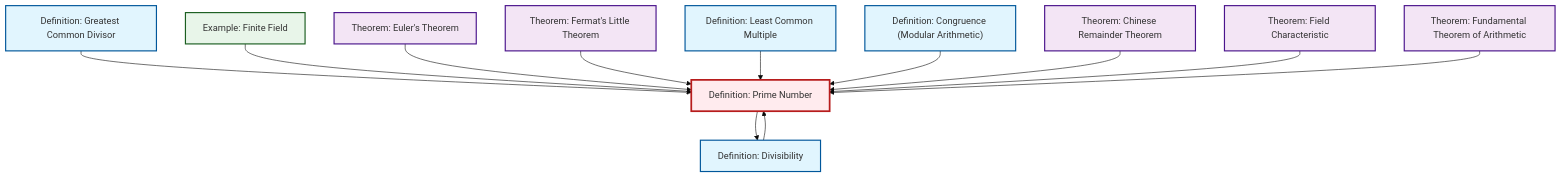
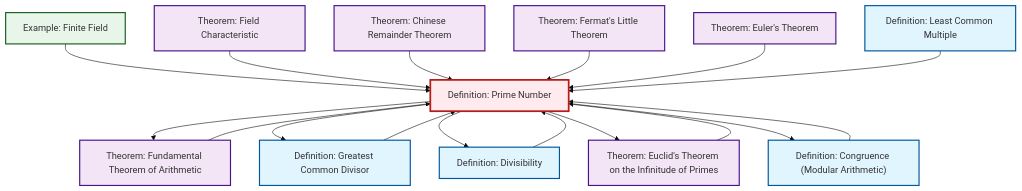
Before and after one commit to RK0429/ModernMath: the diagram in content/ja/number-theory/def-prime.qmd, drawn with Mermaid (base theme). The commit also changed other lines of this file and 654 other files, not shown here.

````diff
--- a/content/ja/number-theory/def-prime.qmd
+++ b/content/ja/number-theory/def-prime.qmd
@@ -57,42 +66,49 @@
 ```{mermaid}
 %%| fig-cap: "Local dependency graph"
 graph TD
     classDef definition fill:#e1f5fe,stroke:#01579b,stroke-width:2px
     classDef theorem fill:#f3e5f5,stroke:#4a148c,stroke-width:2px
     classDef axiom fill:#fff3e0,stroke:#e65100,stroke-width:2px
     classDef example fill:#e8f5e9,stroke:#1b5e20,stroke-width:2px
     classDef current fill:#ffebee,stroke:#b71c1c,stroke-width:3px
+    thm-chinese-remainder["Theorem: Chinese Remainder Theorem"]:::theorem
+    thm-fermat-little["Theorem: Fermat's Little Theorem"]:::theorem
     def-gcd["Definition: Greatest Common Divisor"]:::definition
+    def-divisibility["Definition: Divisibility"]:::definition
+    thm-fundamental-arithmetic["Theorem: Fundamental Theorem of Arithmetic"]:::theorem
+    thm-euclid-infinitude-primes["Theorem: Euclid's Theorem on the Infinitude of Primes"]:::theorem
+    thm-field-characteristic["Theorem: Field Characteristic"]:::theorem
+    def-lcm["Definition: Least Common Multiple"]:::definition
     thm-euler["Theorem: Euler's Theorem"]:::theorem
-    thm-fermat-little["Theorem: Fermat's Little Theorem"]:::theorem
-    thm-fundamental-arithmetic["Theorem: Fundamental Theorem of Arithmetic"]:::theorem
-    def-lcm["Definition: Least Common Multiple"]:::definition
-    def-congruence["Definition: Congruence (Modular Arithmetic)"]:::definition
-    def-divisibility["Definition: Divisibility"]:::definition
-    thm-chinese-remainder["Theorem: Chinese Remainder Theorem"]:::theorem
     ex-finite-field["Example: Finite Field"]:::example
     def-prime["Definition: Prime Number"]:::definition
-    thm-field-characteristic["Theorem: Field Characteristic"]:::theorem
+    def-congruence["Definition: Congruence (Modular Arithmetic)"]:::definition
+    thm-euclid-infinitude-primes --> def-prime
+    ex-finite-field --> def-prime
+    def-prime --> thm-fundamental-arithmetic
+    def-gcd --> def-prime
+    thm-field-characteristic --> def-prime
+    thm-chinese-remainder --> def-prime
+    thm-fermat-little --> def-prime
+    thm-fundamental-arithmetic --> def-prime
+    thm-euler --> def-prime
+    def-prime --> def-gcd
+    def-lcm --> def-prime
     def-divisibility --> def-prime
-    def-gcd --> def-prime
-    ex-finite-field --> def-prime
-    thm-euler --> def-prime
-    thm-fermat-little --> def-prime
-    def-lcm --> def-prime
     def-congruence --> def-prime
     def-prime --> def-divisibility
-    thm-chinese-remainder --> def-prime
-    thm-field-characteristic --> def-prime
-    thm-fundamental-arithmetic --> def-prime
+    def-prime --> thm-euclid-infinitude-primes
+    def-prime --> def-congruence
     class def-prime current
+    click thm-chinese-remainder "thm-chinese-remainder.html" "Theorem: Chinese Remainder Theoremへ"
+    click thm-fermat-little "thm-fermat-little.html" "Theorem: Fermat's Little Theoremへ"
     click def-gcd "def-gcd.html" "Definition: Greatest Common Divisorへ"
+    click def-divisibility "def-divisibility.html" "Definition: Divisibilityへ"
+    click thm-fundamental-arithmetic "thm-fundamental-arithmetic.html" "Theorem: Fundamental Theorem of Arithmeticへ"
+    click thm-euclid-infinitude-primes "thm-euclid-infinitude-primes.html" "Theorem: Euclid's Theorem on the Infinitude of Primesへ"
+    click thm-field-characteristic "thm-field-characteristic.html" "Theorem: Field Characteristicへ"
+    click def-lcm "def-lcm.html" "Definition: Least Common Multipleへ"
     click thm-euler "thm-euler.html" "Theorem: Euler's Theoremへ"
-    click thm-fermat-little "thm-fermat-little.html" "Theorem: Fermat's Little Theoremへ"
-    click thm-fundamental-arithmetic "thm-fundamental-arithmetic.html" "Theorem: Fundamental Theorem of Arithmeticへ"
-    click def-lcm "def-lcm.html" "Definition: Least Common Multipleへ"
+    click ex-finite-field "ex-finite-field.html" "Example: Finite Fieldへ"
     click def-congruence "def-congruence.html" "Definition: Congruence (Modular Arithmetic)へ"
-    click def-divisibility "def-divisibility.html" "Definition: Divisibilityへ"
-    click thm-chinese-remainder "thm-chinese-remainder.html" "Theorem: Chinese Remainder Theoremへ"
-    click ex-finite-field "ex-finite-field.html" "Example: Finite Fieldへ"
-    click thm-field-characteristic "thm-field-characteristic.html" "Theorem: Field Characteristicへ"
 ```
````
